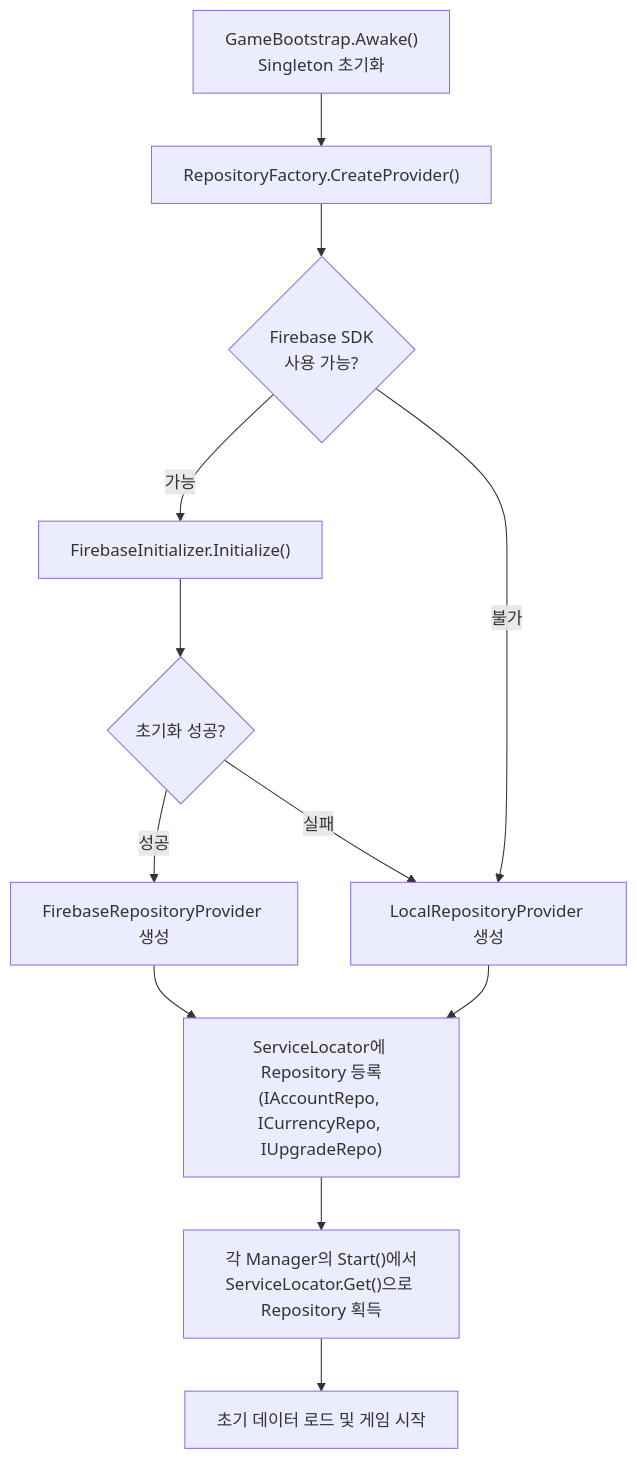
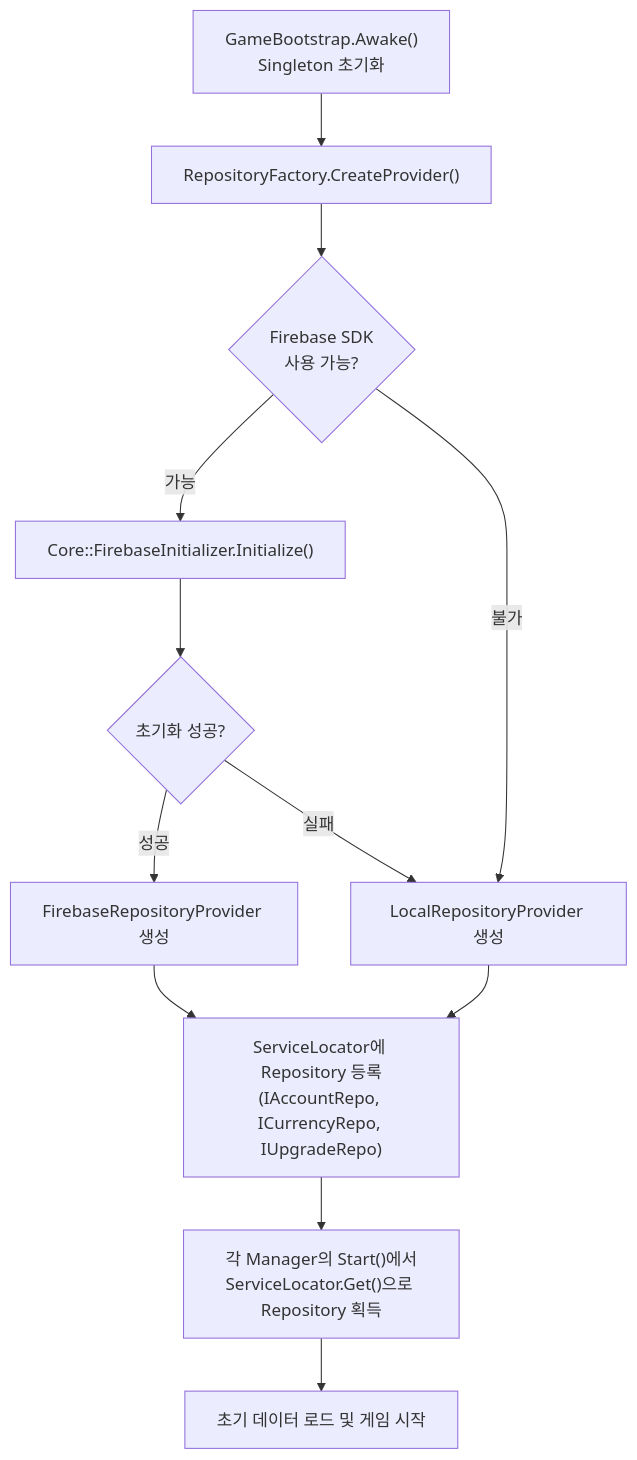
The sixth of 6 diagrams in Docs/architecture/README-simple.md (ctmanjak/tree_clicker_3d), drawn with Mermaid before and after one commit. The commit also changed other lines of this file and 40 other files, not shown here.

````diff
--- a/Docs/architecture/README-simple.md
+++ b/Docs/architecture/README-simple.md
@@ -195,17 +231,17 @@
 ```mermaid
 graph TD
     A["GameBootstrap.Awake()\nSingleton 초기화"] --> B["RepositoryFactory.CreateProvider()"]
     B --> C{"Firebase SDK\n사용 가능?"}
 
-    C -->|"가능"| D["FirebaseInitializer.Initialize()"]
+    C -->|"가능"| D["Core::FirebaseInitializer.Initialize()"]
     D --> E{"초기화 성공?"}
     E -->|"성공"| F["FirebaseRepositoryProvider 생성"]
     E -->|"실패"| G["LocalRepositoryProvider 생성"]
     C -->|"불가"| G
 
     F --> H["ServiceLocator에 Repository 등록\n(IAccountRepo, ICurrencyRepo, IUpgradeRepo)"]
     G --> H
 
     H --> I["각 Manager의 Start()에서\nServiceLocator.Get()으로 Repository 획득"]
     I --> J["초기 데이터 로드 및 게임 시작"]
 ```
````
